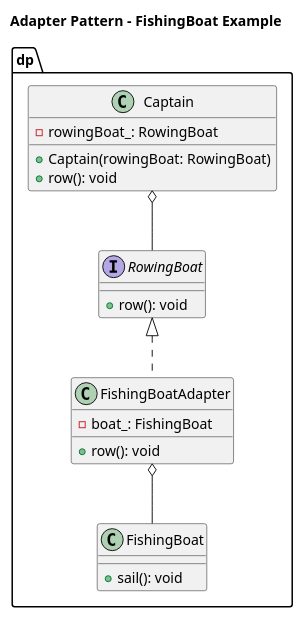
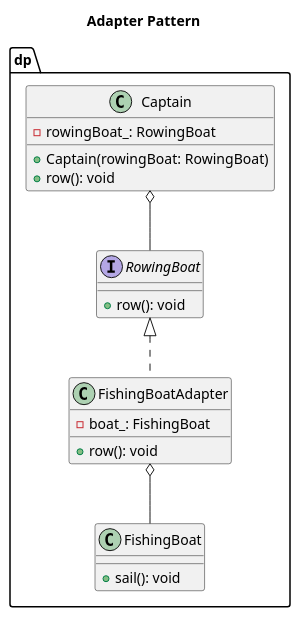
The diagram in adapter/etc/adapter.puml (mmpaszkowski/cpp-design-patterns), drawn with PlantUML before and after one commit. The commit also changed 2 other files, not shown here.

Commit message:
Added adapter desctiption refactorization

```diff
--- a/adapter/etc/adapter.puml
+++ b/adapter/etc/adapter.puml
@@ -1,31 +1,31 @@
 @startuml
-title Adapter Pattern - FishingBoat Example
+title Adapter Pattern
 
 namespace dp {
 
 interface RowingBoat {
     +row(): void
 }
 
 class FishingBoat {
     +sail(): void
 }
 
 class FishingBoatAdapter {
     +row(): void
     -boat_: FishingBoat
 }
 
 class Captain {
     +Captain(rowingBoat: RowingBoat)
     +row(): void
     -rowingBoat_: RowingBoat
 }
 
 RowingBoat <|.. FishingBoatAdapter
 FishingBoatAdapter o-- FishingBoat
 Captain o-- RowingBoat
 
 }
 
 @enduml
```
